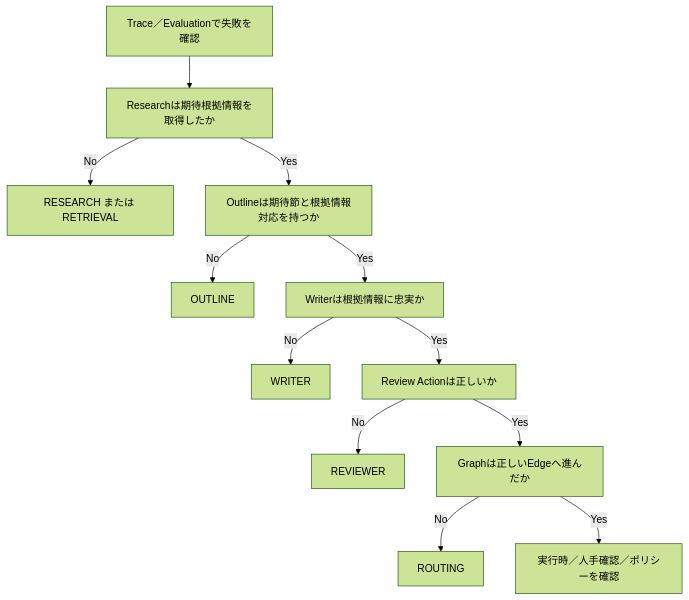
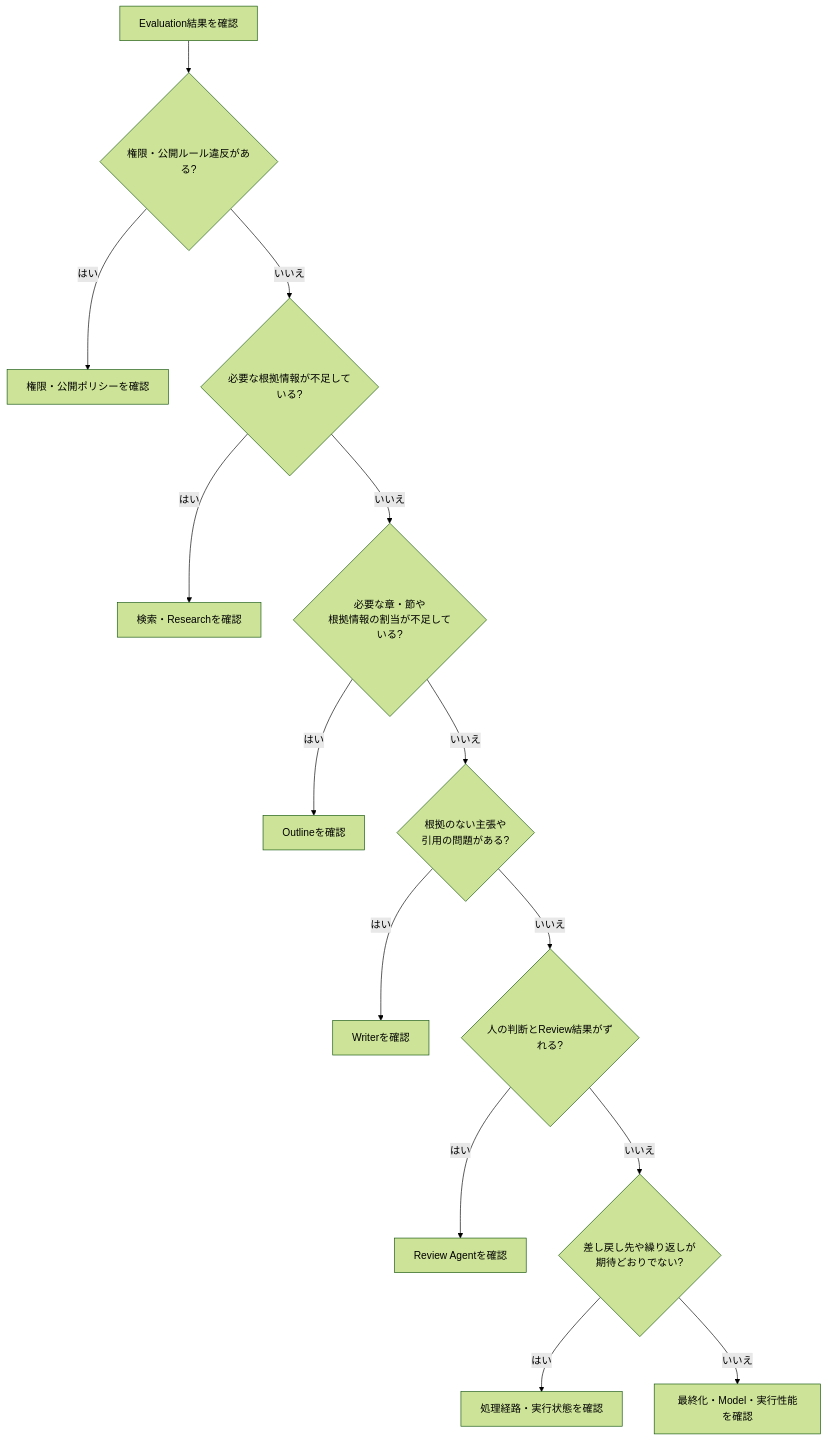
One commit to junTaniguchi/llm_ops changed the tenth of 22 diagrams in 技術レポート作成マルチエージェント_完成版.md. Above: the diagram before and after it, drawn with Mermaid (forest theme). The commit also changed other lines of this file and 1 other file, not shown here.

````diff
--- a/技術レポート作成マルチエージェント_完成版.md
+++ b/技術レポート作成マルチエージェント_完成版.md
@@ -2504,14 +2518,22 @@
 ```mermaid
 flowchart TD
-    T["Trace／Evaluationで失敗を確認"] --> R["Researchは期待根拠情報を取得したか"]
-    R -->|No| RC["RESEARCH または RETRIEVAL"]
-    R -->|Yes| O["Outlineは期待節と根拠情報対応を持つか"]
-    O -->|No| OC["OUTLINE"]
-    O -->|Yes| W["Writerは根拠情報に忠実か"]
-    W -->|No| WC["WRITER"]
-    W -->|Yes| V["Review Actionは正しいか"]
-    V -->|No| VC["REVIEWER"]
-    V -->|Yes| G["Graphは正しいEdgeへ進んだか"]
-    G -->|No| GC["ROUTING"]
-    G -->|Yes| X["実行時／人手確認／ポリシーを確認"]
+    S["Evaluation結果を確認"] --> P{"権限・公開ルール違反がある?"}
+
+    P -->|はい| P1["権限・公開ポリシーを確認"]
+    P -->|いいえ| R{"必要な根拠情報が不足している?"}
+
+    R -->|はい| R1["検索・Researchを確認"]
+    R -->|いいえ| O{"必要な章・節や<br/>根拠情報の割当が不足している?"}
+
+    O -->|はい| O1["Outlineを確認"]
+    O -->|いいえ| W{"根拠のない主張や<br/>引用の問題がある?"}
+
+    W -->|はい| W1["Writerを確認"]
+    W -->|いいえ| V{"人の判断とReview結果がずれる?"}
+
+    V -->|はい| V1["Review Agentを確認"]
+    V -->|いいえ| G{"差し戻し先や繰り返しが<br/>期待どおりでない?"}
+
+    G -->|はい| G1["処理経路・実行状態を確認"]
+    G -->|いいえ| F["最終化・Model・実行性能を確認"]
 ```
````
